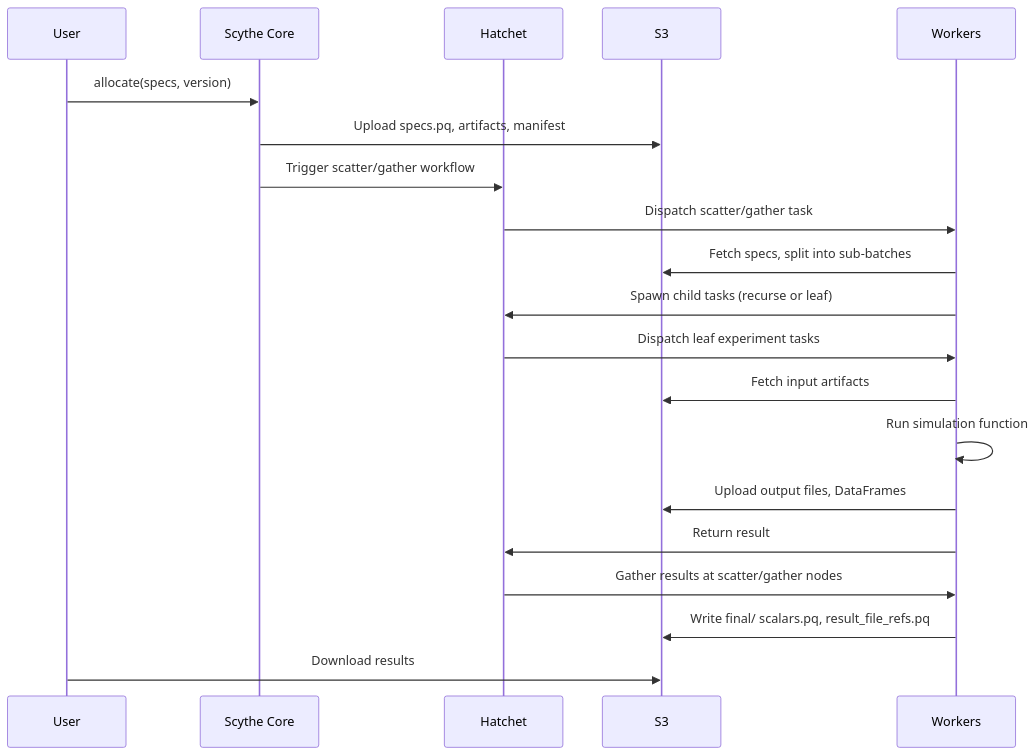
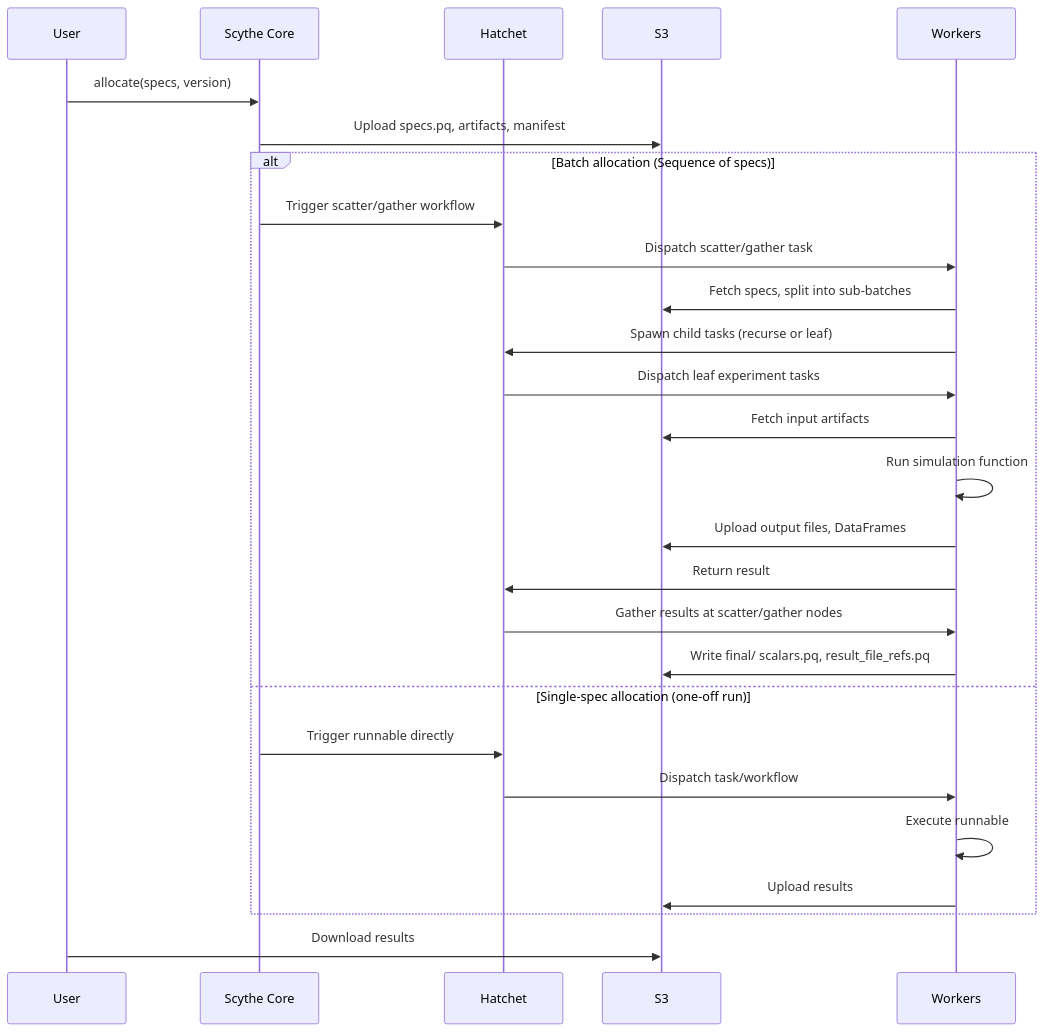
Before and after one commit to szvsw/scythe: the second of 3 diagrams in docs/concepts/architecture.md, drawn with Mermaid. The commit also changed other lines of this file and 29 other files, not shown here.

````diff
--- a/docs/concepts/architecture.md
+++ b/docs/concepts/architecture.md
@@ -60,23 +60,32 @@
 ```mermaid
 sequenceDiagram
     participant User
     participant Scythe as Scythe Core
     participant Hatchet
     participant S3
     participant Workers
 
     User->>Scythe: allocate(specs, version)
     Scythe->>S3: Upload specs.pq, artifacts, manifest
-    Scythe->>Hatchet: Trigger scatter/gather workflow
-    Hatchet->>Workers: Dispatch scatter/gather task
-    Workers->>S3: Fetch specs, split into sub-batches
-    Workers->>Hatchet: Spawn child tasks (recurse or leaf)
-    Hatchet->>Workers: Dispatch leaf experiment tasks
-    Workers->>S3: Fetch input artifacts
-    Workers->>Workers: Run simulation function
-    Workers->>S3: Upload output files, DataFrames
-    Workers->>Hatchet: Return result
-    Hatchet->>Workers: Gather results at scatter/gather nodes
-    Workers->>S3: Write final/ scalars.pq, result_file_refs.pq
+
+    alt Batch allocation (Sequence of specs)
+        Scythe->>Hatchet: Trigger scatter/gather workflow
+        Hatchet->>Workers: Dispatch scatter/gather task
+        Workers->>S3: Fetch specs, split into sub-batches
+        Workers->>Hatchet: Spawn child tasks (recurse or leaf)
+        Hatchet->>Workers: Dispatch leaf experiment tasks
+        Workers->>S3: Fetch input artifacts
+        Workers->>Workers: Run simulation function
+        Workers->>S3: Upload output files, DataFrames
+        Workers->>Hatchet: Return result
+        Hatchet->>Workers: Gather results at scatter/gather nodes
+        Workers->>S3: Write final/ scalars.pq, result_file_refs.pq
+    else Single-spec allocation (one-off run)
+        Scythe->>Hatchet: Trigger runnable directly
+        Hatchet->>Workers: Dispatch task/workflow
+        Workers->>Workers: Execute runnable
+        Workers->>S3: Upload results
+    end
+
     User->>S3: Download results
 ```
````
